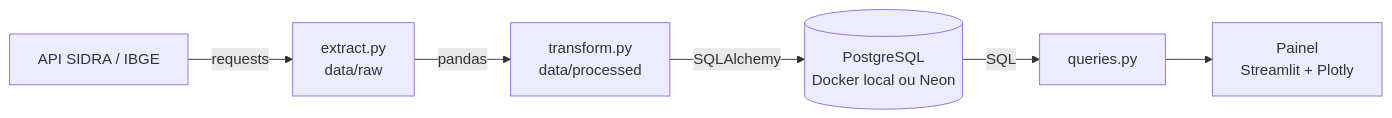
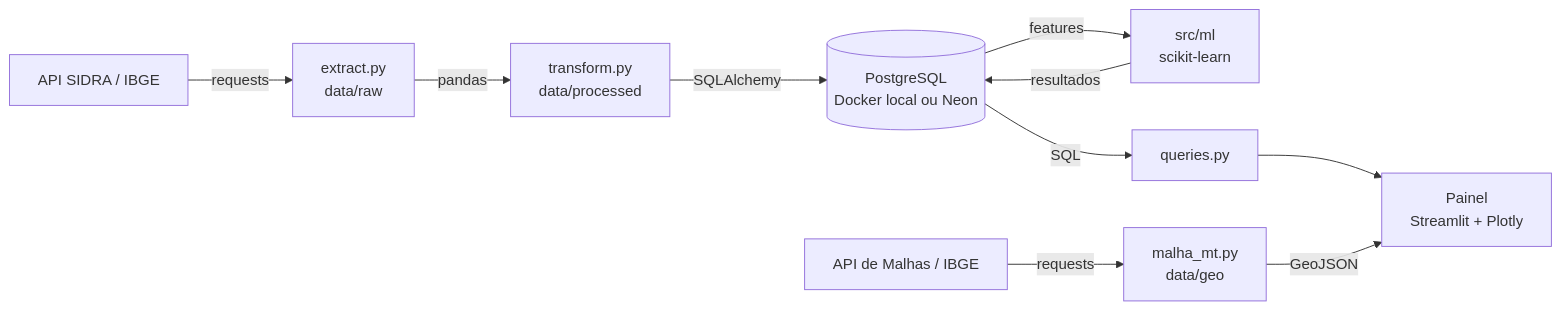
One commit to oneriodev/producao_agricola_mt changed the first of 2 diagrams in README.md. Above: the diagram before and after it, drawn with Mermaid. The commit also changed other lines of this file, not shown here.

````diff
--- a/README.md
+++ b/README.md
@@ -28,8 +51,12 @@
 ```mermaid
 flowchart LR
     A[API SIDRA / IBGE] -->|requests| B[extract.py<br/>data/raw]
     B -->|pandas| C[transform.py<br/>data/processed]
     C -->|SQLAlchemy| D[(PostgreSQL<br/>Docker local ou Neon)]
+    D -->|features| G[src/ml<br/>scikit-learn]
+    G -->|resultados| D
     D -->|SQL| E[queries.py]
     E --> F[Painel<br/>Streamlit + Plotly]
+    H[API de Malhas / IBGE] -->|requests| I[malha_mt.py<br/>data/geo]
+    I -->|GeoJSON| F
 ```
````
